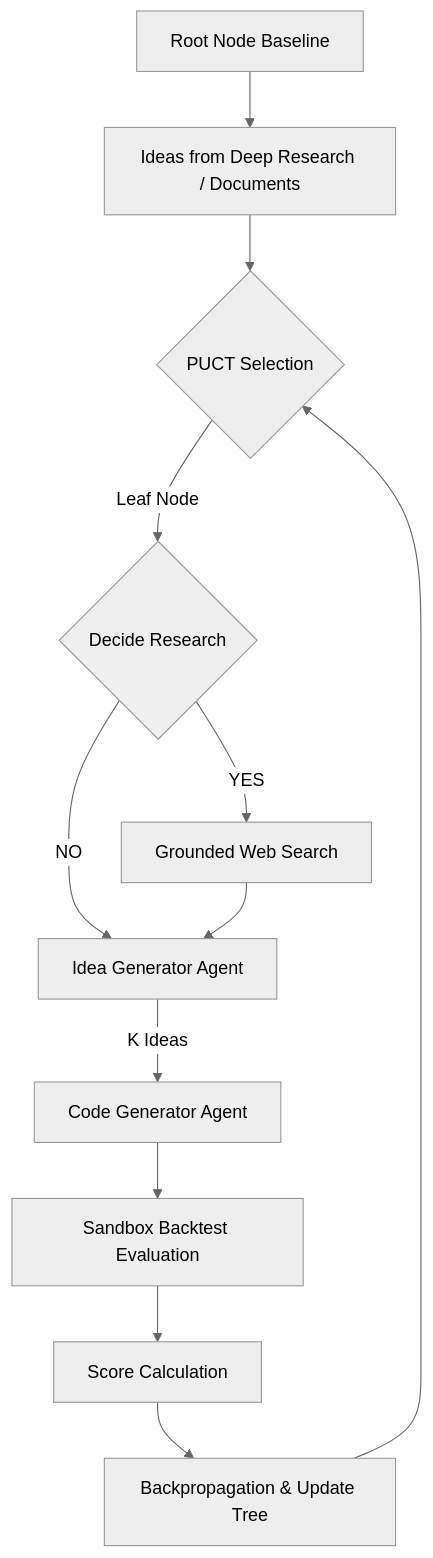
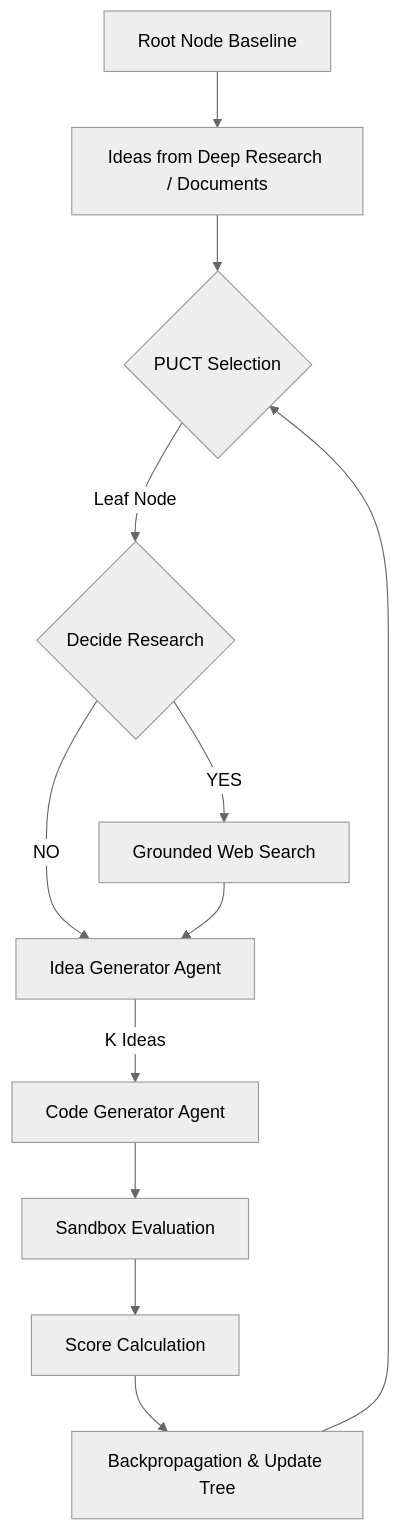
Before and after one commit to Amit-Prasad/pathfinder: the diagram in README.md, drawn with Mermaid (neutral theme). The commit also changed other lines of this file and 14 other files, not shown here.

````diff
--- a/README.md
+++ b/README.md
@@ -11,14 +11,14 @@
 ```mermaid
 graph TD
     Root[Root Node Baseline] --> Docs["Ideas from Deep Research / Documents"]
     Docs --> Select{PUCT Selection}
     Select --> |Leaf Node| DecRes{Decide Research}
     DecRes -->|YES| GoogleSearch[Grounded Web Search]
     DecRes -->|NO| IdeaGen[Idea Generator Agent]
     GoogleSearch --> IdeaGen
     IdeaGen --> |K Ideas| CodeGen[Code Generator Agent]
-    CodeGen --> Sandbox[Sandbox Backtest Evaluation]
+    CodeGen --> Sandbox[Sandbox Evaluation]
     Sandbox --> Score[Score Calculation]
     Score --> Backprop[Backpropagation & Update Tree]
     Backprop --> Select
 ```
````
